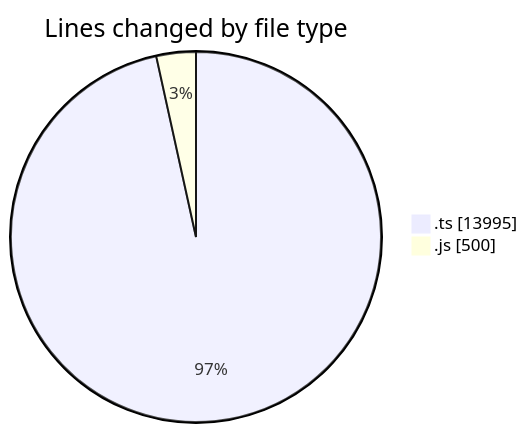
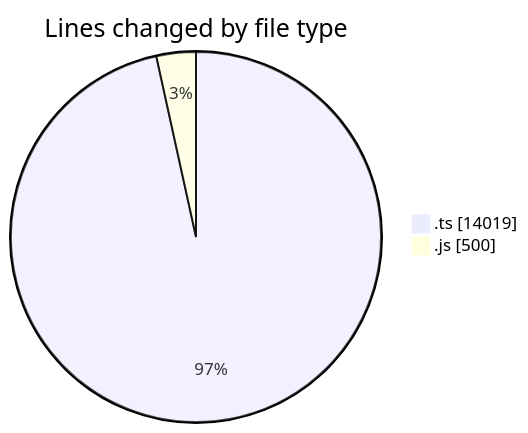
The first of 2 diagrams in 2025-06-26/cda/README.md (momahboobian/code-tracking), drawn with Mermaid before and after one commit. The commit also changed other lines of this file and 1 other file, not shown here.

````diff
--- a/2025-06-26/cda/README.md
+++ b/2025-06-26/cda/README.md
@@ -26,6 +26,6 @@
 ```mermaid
 pie showData
 title Lines changed by file type
-".ts" : 13995
+".ts" : 14019
 ".js" : 500
 ```
````
